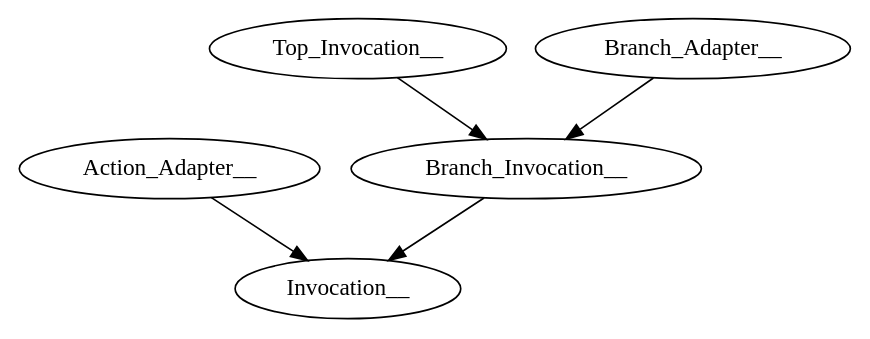
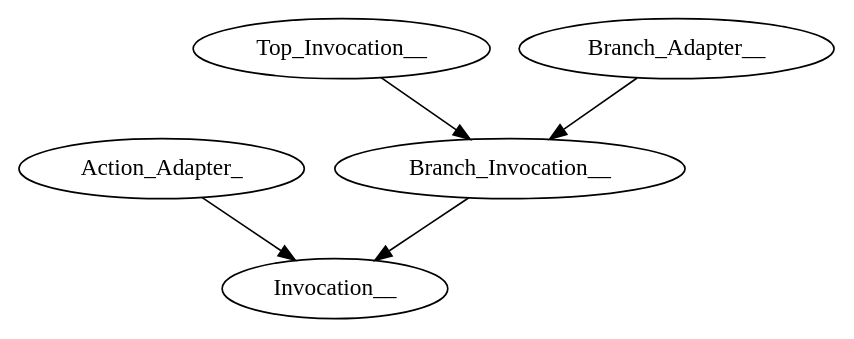
One commit to hipe/tmx changed the diagram in lib/skylab/brazen/doc/issues/002-brazen-CLI/class-digraph.dot. Above: the diagram before and after it, drawn with Graphviz. The commit also changed 38 other files, not shown here.

```diff
--- a/lib/skylab/brazen/doc/issues/002-brazen-CLI/class-digraph.dot
+++ b/lib/skylab/brazen/doc/issues/002-brazen-CLI/class-digraph.dot
@@ -1,13 +1,13 @@
 digraph {
 
 Invocation__
 
-Action_Adapter__ -> Invocation__
+Action_Adapter_ -> Invocation__
 
 Branch_Invocation__ -> Invocation__
 
 Top_Invocation__ -> Branch_Invocation__
 
 Branch_Adapter__ -> Branch_Invocation__
 
 }
```
